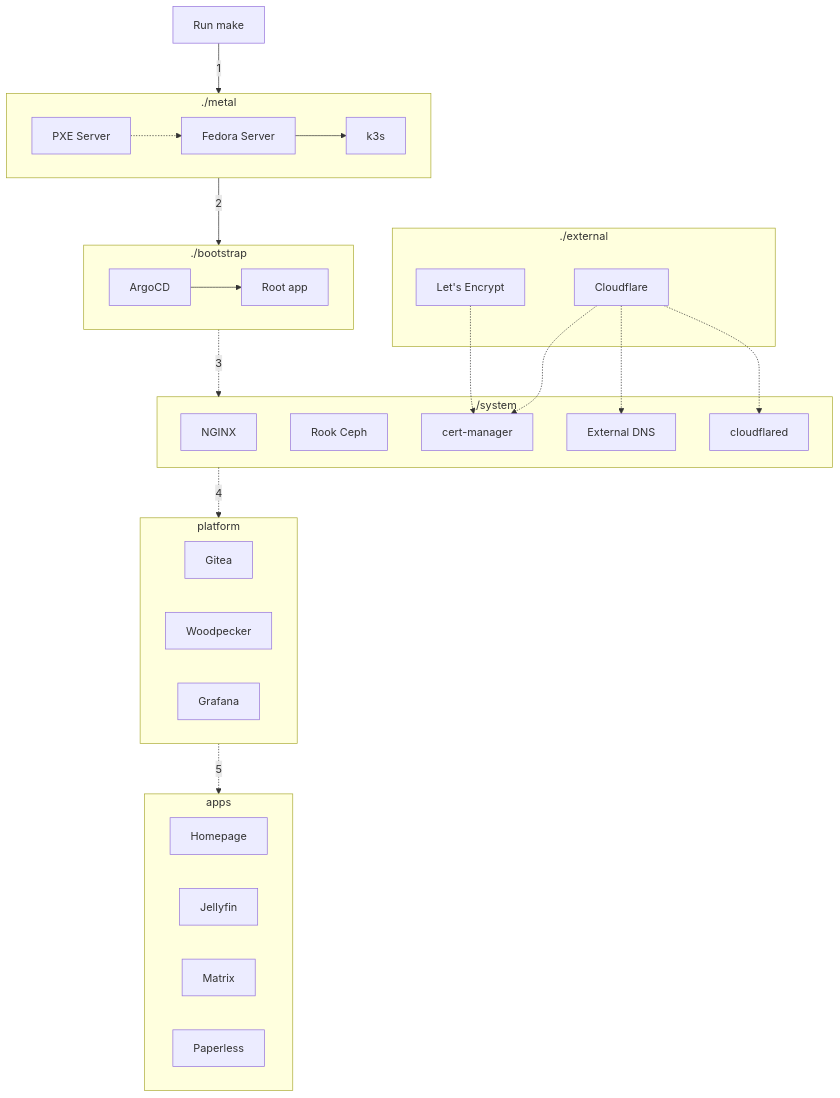
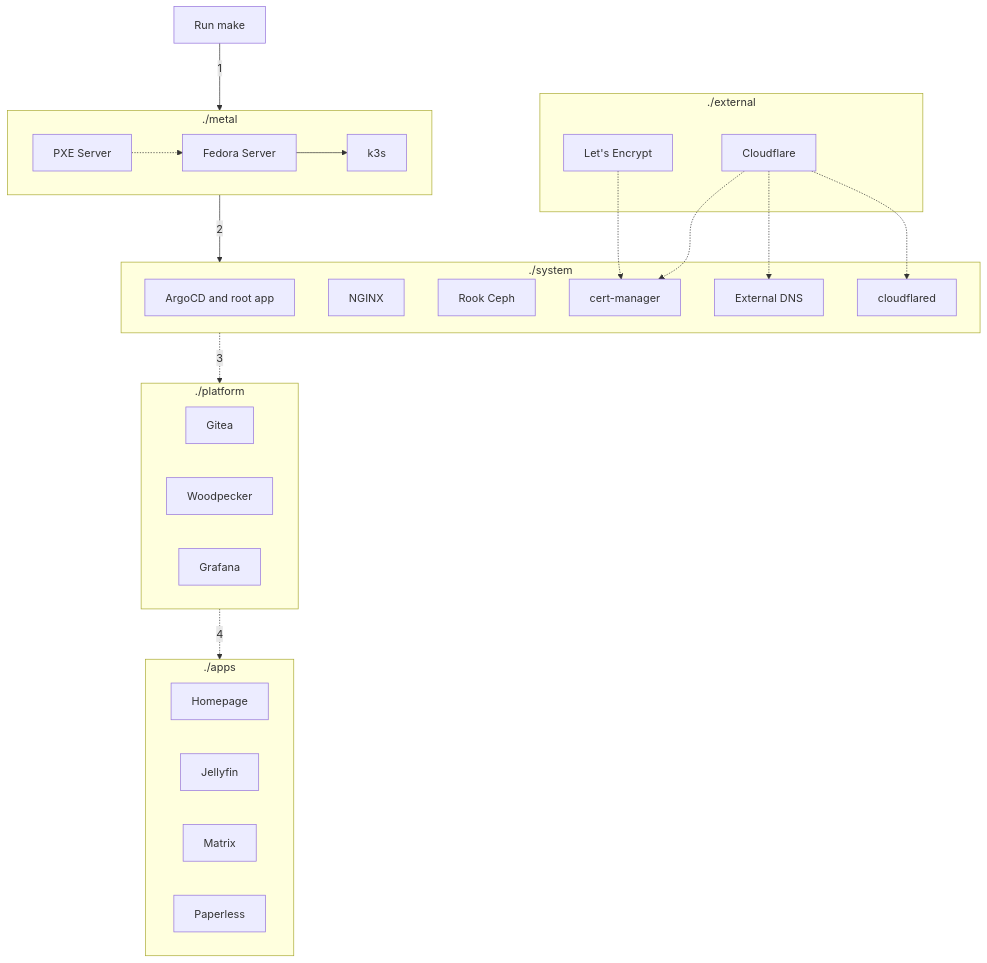
Before and after one commit to khuedoan/homelab: the diagram in docs/reference/architecture/overview.md, drawn with Mermaid. The commit also changed other lines of this file and 17 other files, not shown here.

First line of the commit message:
refactor(argocd)!: merge bootstrap and system

````diff
--- a/docs/reference/architecture/overview.md
+++ b/docs/reference/architecture/overview.md
@@ -54,43 +47,40 @@
 ```mermaid
 flowchart TD
   subgraph metal[./metal]
     pxe[PXE Server] -.-> linux[Fedora Server] --> k3s
   end
 
-  subgraph bootstrap[./bootstrap]
-    argocd[ArgoCD] --> rootapp[Root app]
-  end
-
   subgraph system[./system]
+    argocd[ArgoCD and root app]
     nginx[NGINX]
     rook-ceph[Rook Ceph]
     cert-manager
     external-dns[External DNS]
     cloudflared
   end
 
   subgraph external[./external]
     letsencrypt[Let's Encrypt]
     cloudflare[Cloudflare]
   end
 
   letsencrypt -.-> cert-manager
   cloudflare -.-> cert-manager
   cloudflare -.-> external-dns
   cloudflare -.-> cloudflared
 
-  subgraph platform
+  subgraph platform[./platform]
     Gitea
     Woodpecker
     Grafana
   end
 
-  subgraph apps
+  subgraph apps[./apps]
     homepage[Homepage]
     jellyfin[Jellyfin]
     matrix[Matrix]
     paperless[Paperless]
   end
 
-  make[Run make] -- 1 --> metal -- 2 --> bootstrap -. 3 .-> system -. 4 .-> platform -. 5 .-> apps
+  make[Run make] -- 1 --> metal -- 2 --> system -. 3 .-> platform -. 4 .-> apps
 ```
````
